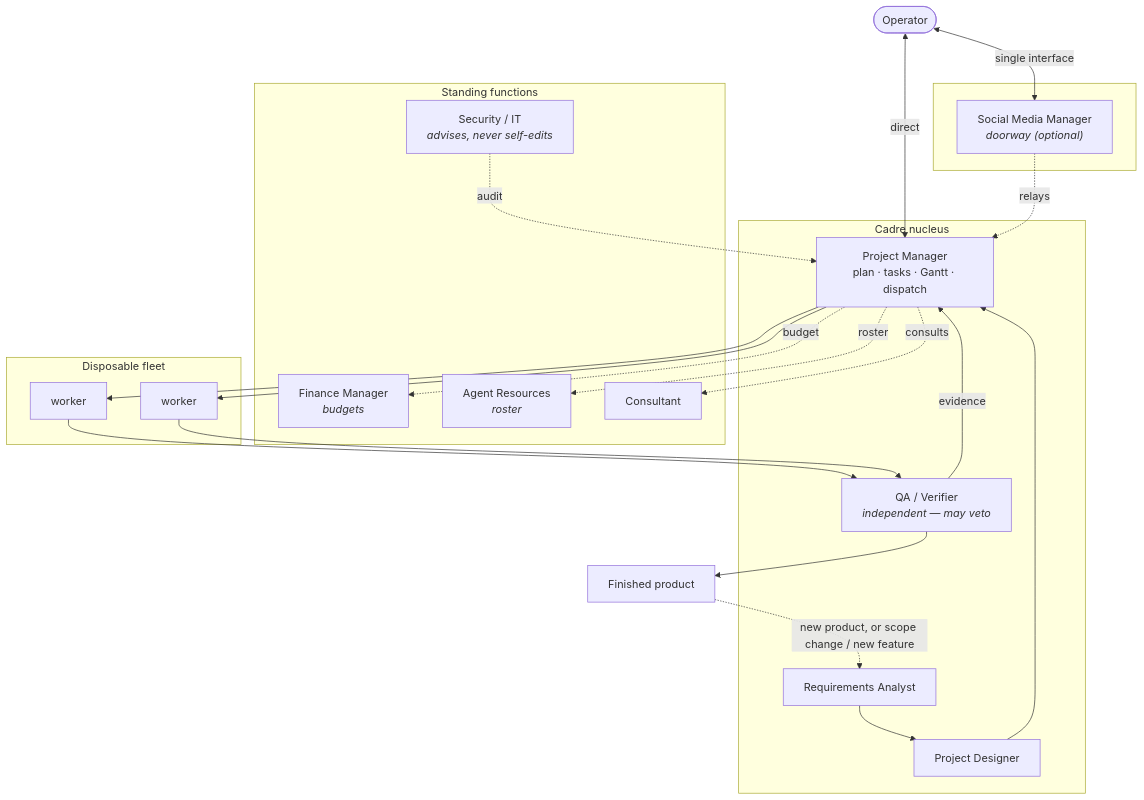
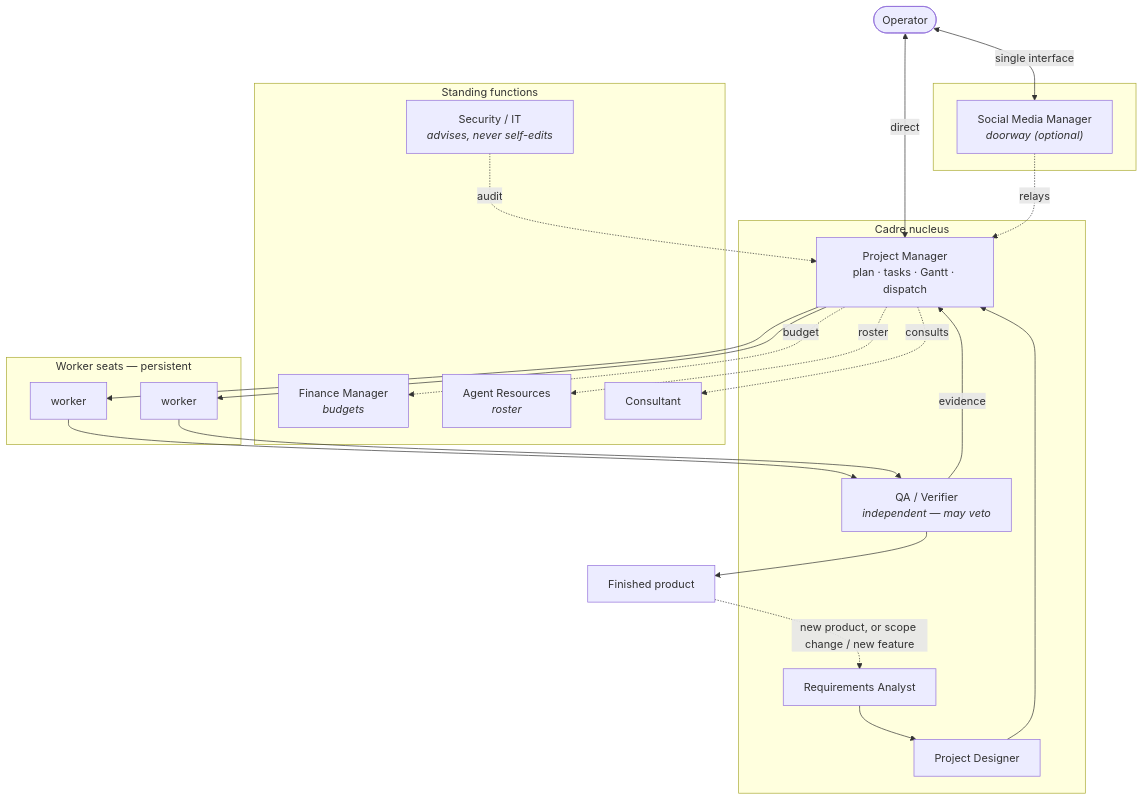
One commit to ADD-Attack/Cadre changed the diagram in diagrams/topology.md. Above: the diagram before and after it, drawn with Mermaid. The commit also changed other lines of this file and 4 other files, not shown here.

Commit message:
doctrine: Cadre workers are PERSISTENT seats, not a disposable fleet (Brick 2026-09-14). Worker is a role with its own workspace/memory/identity; only spawned subagents are disposable scratch. Fixes topology diagram, roster table (adds Worker), README, WIZARD, agents.md, verification.md

````diff
--- a/diagrams/topology.md
+++ b/diagrams/topology.md
@@ -3,42 +3,42 @@
 ```mermaid
 flowchart TD
     OP([Operator])
 
     subgraph DOOR[" "]
       SMM["Social Media Manager<br/><i>doorway (optional)</i>"]
     end
 
     subgraph CORE["Cadre nucleus"]
       PM["Project Manager<br/>plan · tasks · Gantt · dispatch"]
       RA["Requirements Analyst"]
       PD["Project Designer"]
       QA["QA / Verifier<br/><i>independent — may veto</i>"]
     end
 
     subgraph STAND["Standing functions"]
       SEC["Security / IT<br/><i>advises, never self-edits</i>"]
       FM["Finance Manager<br/><i>budgets</i>"]
       AR["Agent Resources<br/><i>roster</i>"]
       CON["Consultant"]
     end
 
-    subgraph WORK["Disposable fleet"]
+    subgraph WORK["Worker seats — persistent"]
       W1["worker"]
       W2["worker"]
     end
 
     OP <-->|single interface| SMM
     OP <-->|direct| PM
     SMM -. relays .-> PM
 
     RA --> PD --> PM
     PM --> W1 & W2
     W1 & W2 --> QA
     QA -->|evidence| PM
     QA --> PROD["Finished product"]
     PROD -.->|new product, or scope change / new feature| RA
     PM -. consults .-> CON
     PM -. budget .-> FM
     PM -. roster .-> AR
     SEC -. audit .-> PM
 ```
````
